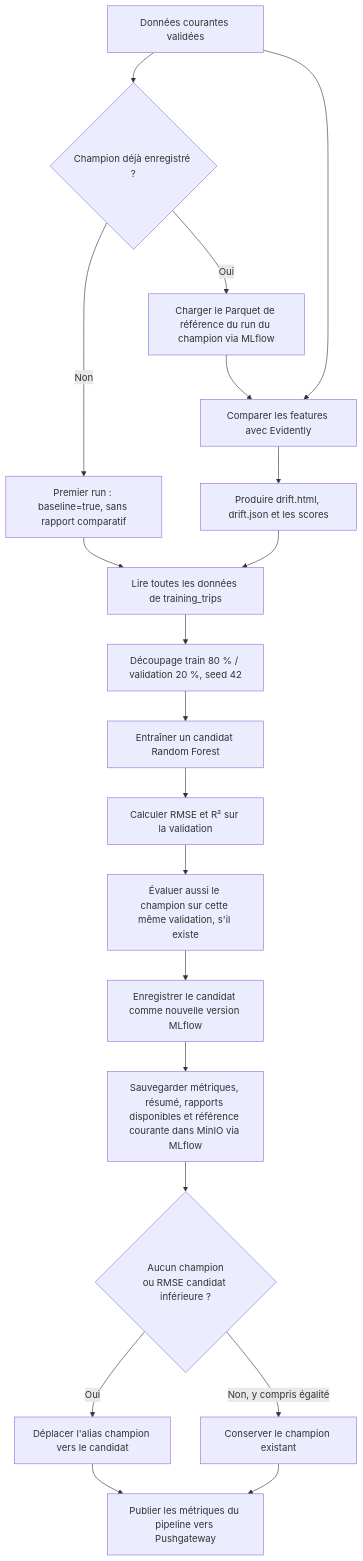
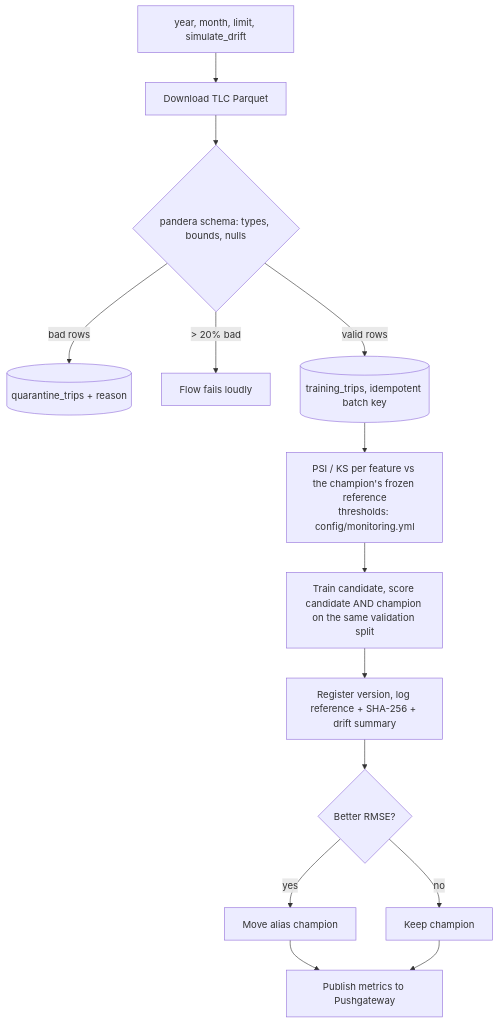
One commit to ssime-git/mc_4_monitoring_observability_nyc_taxi changed the third of 4 diagrams in README.md. Above: the diagram before and after it, drawn with Mermaid. The commit also changed other lines of this file, not shown here.

````diff
--- a/README.md
+++ b/README.md
@@ -219,22 +113,16 @@
 ```mermaid
 flowchart TB
-    Current[Données courantes validées] --> Champion{Champion déjà enregistré ?}
-    Champion -->|Non| Baseline["Premier run : baseline=true, sans rapport comparatif"]
-    Champion -->|Oui| Reference[Charger le Parquet de référence du run du champion via MLflow]
-    Reference --> Drift[Comparer les features avec Evidently]
-    Current --> Drift
-    Drift --> Reports["Produire drift.html, drift.json et les scores"]
-    Baseline --> TrainData[Lire toutes les données de training_trips]
-    Reports --> TrainData
-    TrainData --> Split["Découpage train 80 % / validation 20 %, seed 42"]
-    Split --> Fit[Entraîner un candidat Random Forest]
-    Fit --> Evaluate[Calculer RMSE et R² sur la validation]
-    Evaluate --> Compare[Évaluer aussi le champion sur cette même validation, s'il existe]
-    Compare --> Register[Enregistrer le candidat comme nouvelle version MLflow]
-    Register --> Persist["Sauvegarder métriques, résumé, rapports disponibles et référence courante dans MinIO via MLflow"]
-    Persist --> Better{"Aucun champion<br/>ou RMSE candidat inférieure ?"}
-    Better -->|Oui| Promote[Déplacer l'alias champion vers le candidat]
-    Better -->|Non, y compris égalité| Keep[Conserver le champion existant]
-    Promote --> Metrics[Publier les métriques du pipeline vers Pushgateway]
-    Keep --> Metrics
+    In["year, month, limit, simulate_drift"] --> Download[Download TLC Parquet]
+    Download --> Validate{"pandera schema: types, bounds, nulls"}
+    Validate -->|bad rows| Quarantine[(quarantine_trips + reason)]
+    Validate -->|"> 20% bad"| Fail[Flow fails loudly]
+    Validate -->|valid rows| Store[(training_trips, idempotent batch key)]
+    Store --> Drift["PSI / KS per feature vs the champion's frozen reference<br/>thresholds: config/monitoring.yml"]
+    Drift --> Train[Train candidate, score candidate AND champion on the same validation split]
+    Train --> Register[Register version, log reference + SHA-256 + drift summary]
+    Register --> Promote{Better RMSE?}
+    Promote -->|yes| Champion[Move alias champion]
+    Promote -->|no| Keep[Keep champion]
+    Champion --> Push[Publish metrics to Pushgateway]
+    Keep --> Push
 ```
````
